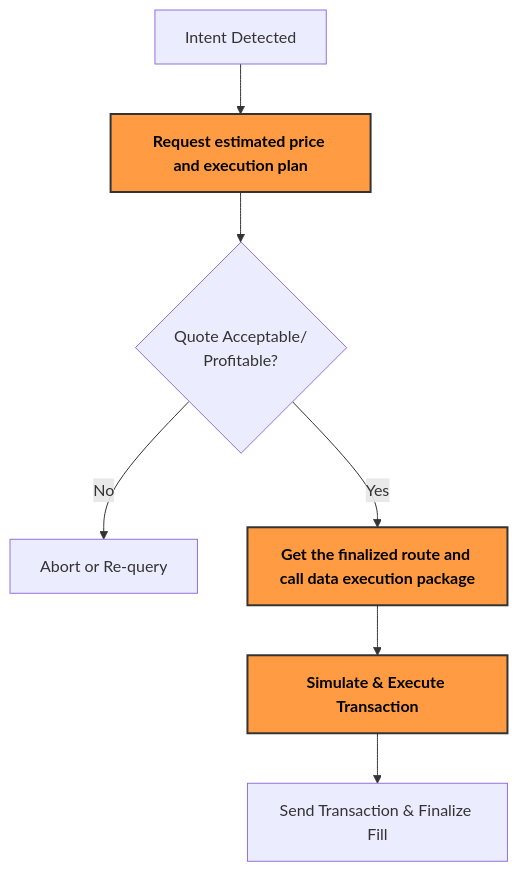
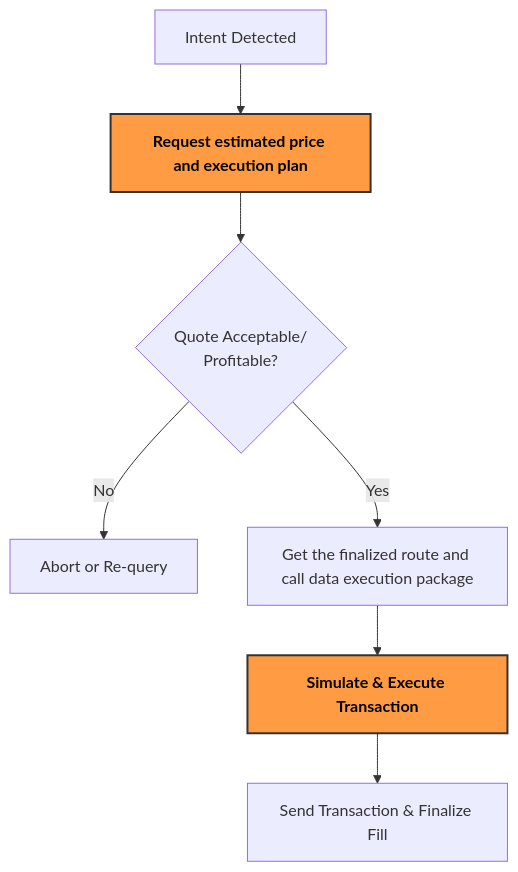
One commit to sprintertech/sprinter-sdk changed the diagram in docs/docs/03-Solve/02-solve-quick-start.md. Above: the diagram before and after it, drawn with Mermaid. The commit also changed other lines of this file and 12 other files, not shown here.

````diff
--- a/docs/docs/03-Solve/02-solve-quick-start.md
+++ b/docs/docs/03-Solve/02-solve-quick-start.md
@@ -25,18 +24,16 @@
 ```mermaid
 flowchart TD
   A[Intent Detected] --> B[Request estimated price and execution plan]
   B --> C{Quote Acceptable/<br>Profitable?}
   C -- No --> D[Abort or Re-query]
   C -- Yes --> E[Get the finalized route and call data execution package]
   E --> F[Simulate & Execute Transaction]
   F --> G[Send Transaction & Finalize Fill]
 
-click B "solve-get-quote" "Borrow Cost"
+
+click B "solve-get-route-v2" "Borrow Quote"
 style B fill:#FF9B43,stroke:#333,stroke-width:2px,color:#000,font-weight:bold
-
-click E "solve-get-route-v2" "Borrow Quote"
-style E fill:#FF9B43,stroke:#333,stroke-width:2px,color:#000,font-weight:bold
 
 click F "solve-api-quick-start#4-send-transaction-using-swap_call_data" "Borrow Quote"
 style F fill:#FF9B43,stroke:#333,stroke-width:2px,color:#000,font-weight:bold
 ```
````
